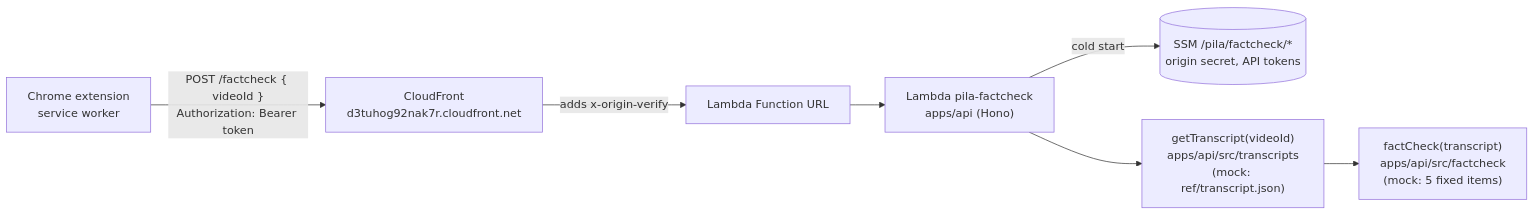
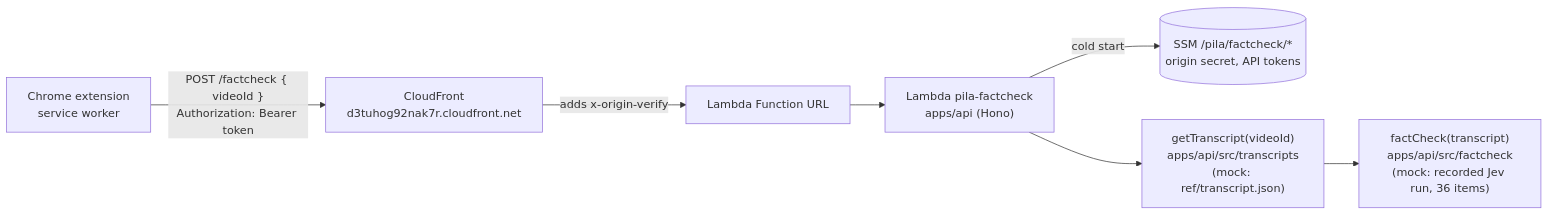
Before and after one commit to twbraam/pila: the first of 6 diagrams in packages/factcheck/docs/workflow.md, drawn with Mermaid. The commit also changed 6 other files, not shown here.

First line of the commit message:
feat: mock fact-check returns the recorded Jev screening of OwqIy8Ikv-c

````diff
--- a/packages/factcheck/docs/workflow.md
+++ b/packages/factcheck/docs/workflow.md
@@ -16,9 +16,9 @@
 ```mermaid
 flowchart LR
     EXT["Chrome extension<br/>service worker"] -->|"POST /factcheck { videoId }<br/>Authorization: Bearer token"| CF["CloudFront<br/>d3tuhog92nak7r.cloudfront.net"]
     CF -->|"adds x-origin-verify"| URL["Lambda Function URL"]
     URL --> L["Lambda pila-factcheck<br/>apps/api (Hono)"]
     L -->|"cold start"| SSM[("SSM /pila/factcheck/*<br/>origin secret, API tokens")]
     L --> TR["getTranscript(videoId)<br/>apps/api/src/transcripts<br/>(mock: ref/transcript.json)"]
-    TR --> FC["factCheck(transcript)<br/>apps/api/src/factcheck<br/>(mock: 5 fixed items)"]
+    TR --> FC["factCheck(transcript)<br/>apps/api/src/factcheck<br/>(mock: recorded Jev run, 36 items)"]
 ```
````
